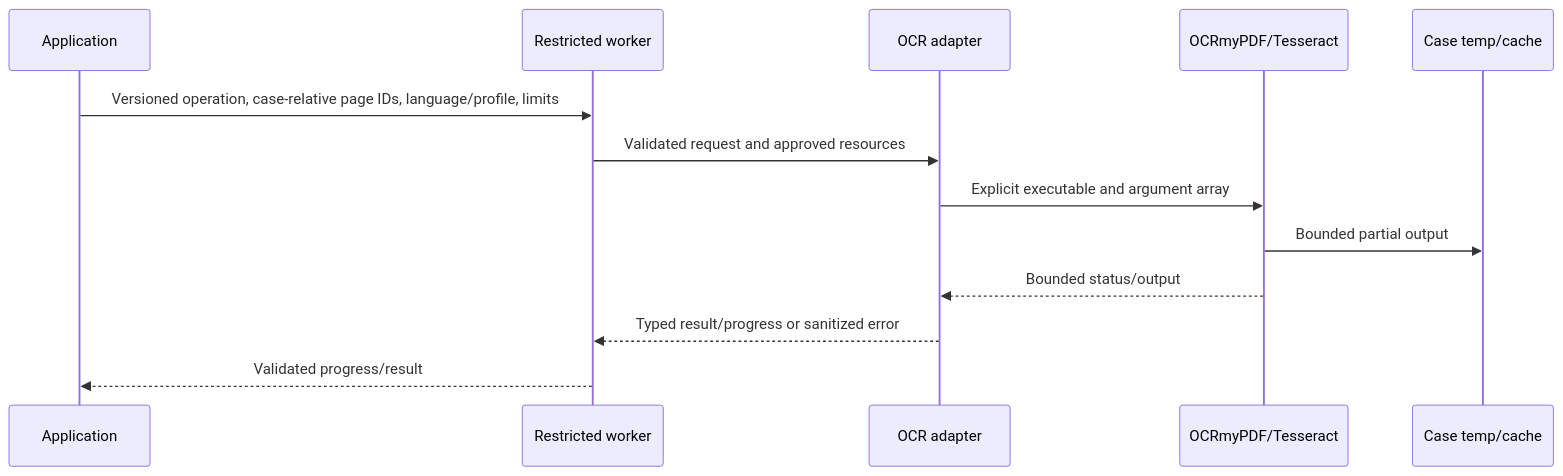
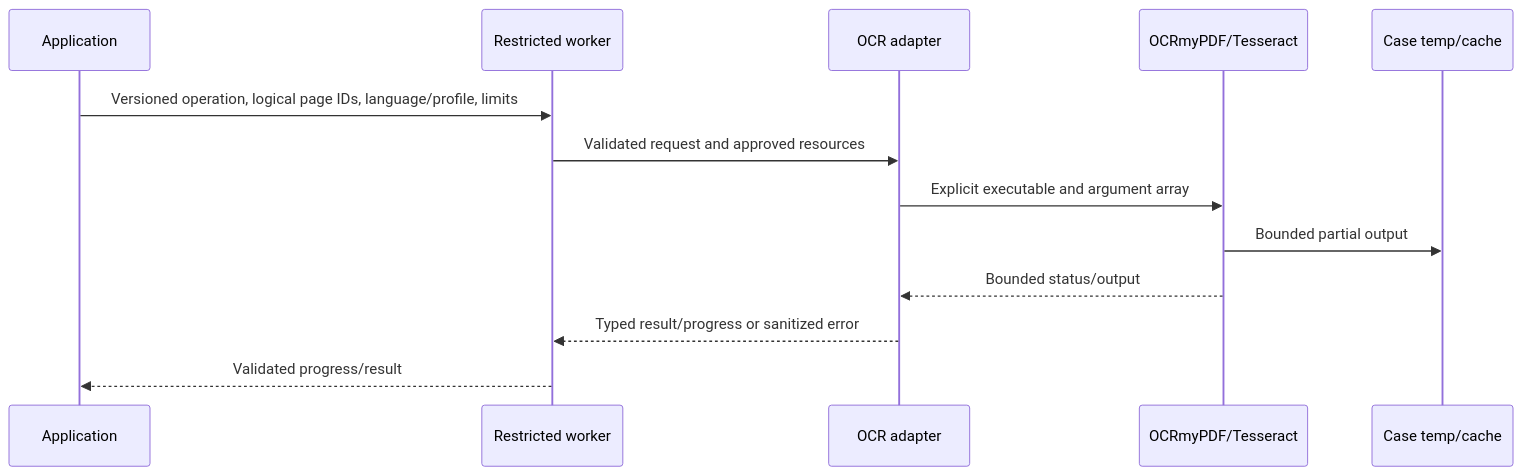
One commit to PikkuJanne/PaperWorkShell changed the fifth of 8 diagrams in docs/security/data-flows.md. Above: the diagram before and after it, drawn with Mermaid. The commit also changed other lines of this file and 6 other files, not shown here.

````diff
--- a/docs/security/data-flows.md
+++ b/docs/security/data-flows.md
@@ -134,15 +193,15 @@
 ```mermaid
 sequenceDiagram
     participant App as Application
     participant Worker as Restricted worker
     participant OCR as OCR adapter
     participant Tool as OCRmyPDF/Tesseract
     participant Temp as Case temp/cache
-    App->>Worker: Versioned operation, case-relative page IDs, language/profile, limits
+    App->>Worker: Versioned operation, logical page IDs, language/profile, limits
     Worker->>OCR: Validated request and approved resources
     OCR->>Tool: Explicit executable and argument array
     Tool->>Temp: Bounded partial output
     Tool-->>OCR: Bounded status/output
     OCR-->>Worker: Typed result/progress or sanitized error
     Worker-->>App: Validated progress/result
 ```
````
